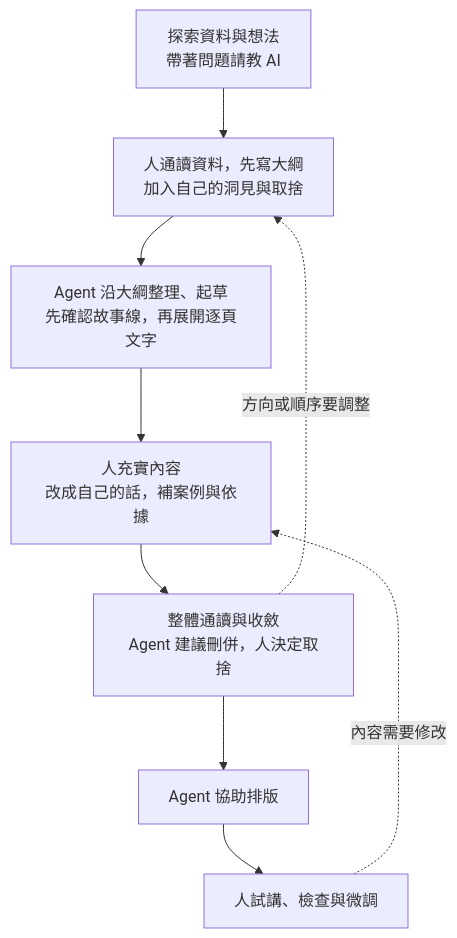
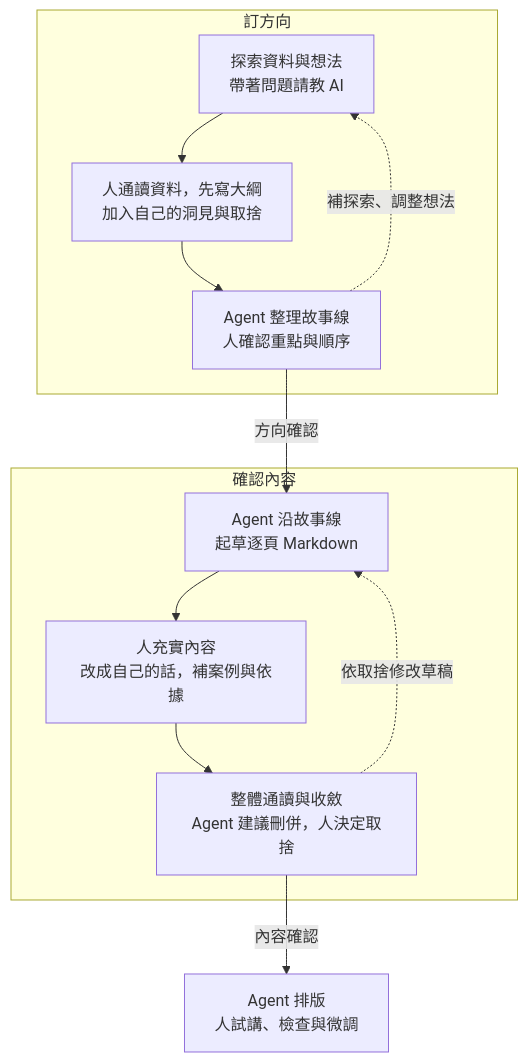
Before and after one commit to jimmy60504/agentic-knowledge-work: the diagram in drafts/02-week2-presentation-lesson-plan.md, drawn with Mermaid. The commit also changed other lines of this file and 2 other files, not shown here.

Commit message:
以訂方向與確認內容兩個迴圈呈現簡報迭代的目的

````diff
--- a/drafts/02-week2-presentation-lesson-plan.md
+++ b/drafts/02-week2-presentation-lesson-plan.md
@@ -59,12 +59,18 @@
 ```mermaid
 flowchart TD
-    A["探索資料與想法<br/>帶著問題請教 AI"] --> B["人通讀資料，先寫大綱<br/>加入自己的洞見與取捨"]
-    B --> C["Agent 沿大綱整理、起草<br/>先確認故事線，再展開逐頁文字"]
-    C --> D["人充實內容<br/>改成自己的話，補案例與依據"]
-    D --> E["整體通讀與收斂<br/>Agent 建議刪併，人決定取捨"]
-    E --> F["Agent 協助排版"]
-    F --> G["人試講、檢查與微調"]
+    subgraph direction_loop["訂方向"]
+        A["探索資料與想法<br/>帶著問題請教 AI"] --> B["人通讀資料，先寫大綱<br/>加入自己的洞見與取捨"]
+        B --> C["Agent 整理故事線<br/>人確認重點與順序"]
+        C -. 補探索、調整想法 .-> A
+    end
 
-    E -. 方向或順序要調整 .-> B
-    G -. 內容需要修改 .-> D
+    C -->|方向確認| D
+
+    subgraph content_loop["確認內容"]
+        D["Agent 沿故事線<br/>起草逐頁 Markdown"] --> E["人充實內容<br/>改成自己的話，補案例與依據"]
+        E --> F["整體通讀與收斂<br/>Agent 建議刪併，人決定取捨"]
+        F -. 依取捨修改草稿 .-> D
+    end
+
+    F -->|內容確認| G["Agent 排版<br/>人試講、檢查與微調"]
 ```
````
